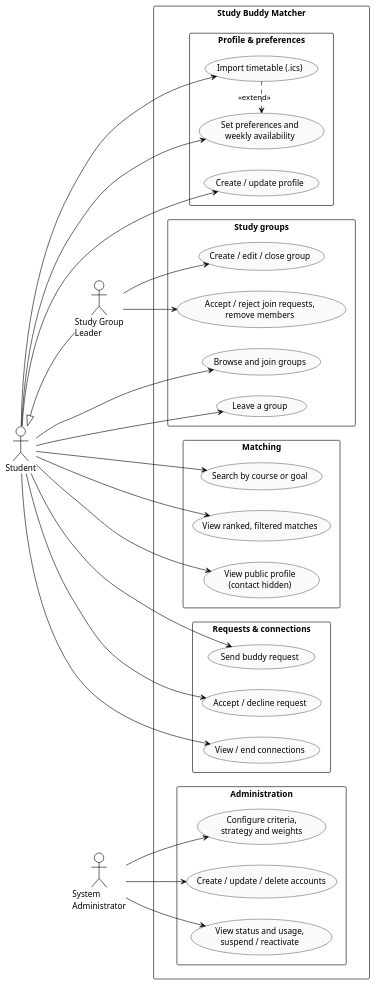
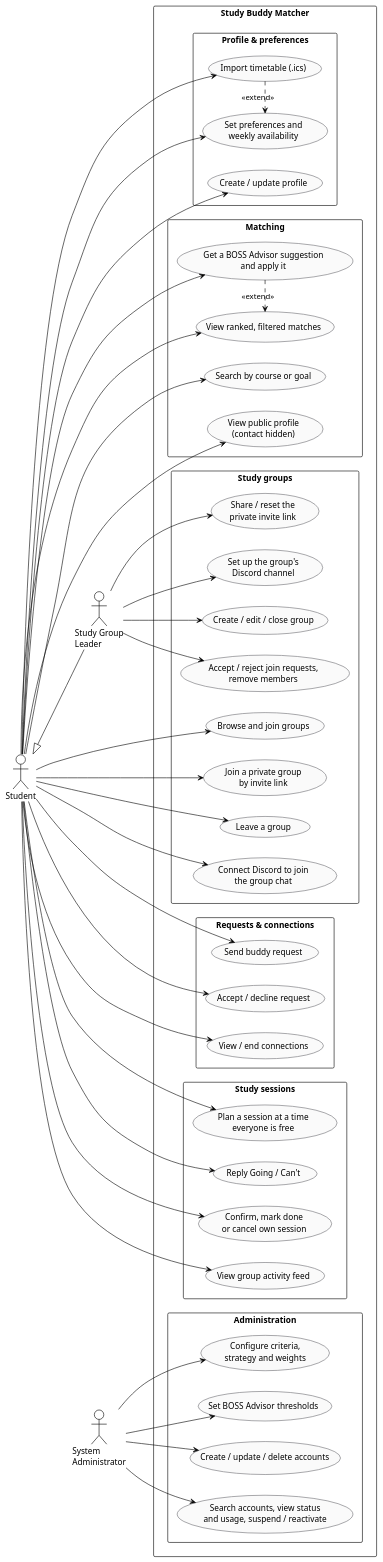
One commit to darrentiang/IS442-G1-T1 changed the diagram in docs/diagrams/use-cases.puml. Above: the diagram before and after it, drawn with PlantUML. The commit also changed 8 other files, not shown here.

First line of the commit message:
Update the diagrams for everything on main and add a BOSS Advisor diagram

```diff
--- a/docs/diagrams/use-cases.puml
+++ b/docs/diagrams/use-cases.puml
@@ -1,64 +1,88 @@
 @startuml use-cases
-' What each of the three roles in the brief can do.
+' What each of the three roles in the brief can do, plus the extras built on top
+' (BOSS Advisor, private invite links, Discord group chat, study sessions).
 !theme plain
 skinparam defaultFontName "Segoe UI"
 skinparam packageStyle rectangle
 skinparam usecase {
   BackgroundColor #FAFAFA
   BorderColor #6E6E73
 }
 
 left to right direction
 
 actor "Student" as student
 actor "Study Group\nLeader" as leader
 actor "System\nAdministrator" as admin
 student <|-- leader
 
 rectangle "Study Buddy Matcher" {
   package "Profile & preferences" {
     usecase "Create / update profile" as UC1
     usecase "Set preferences and\nweekly availability" as UC2
     usecase "Import timetable (.ics)" as UC3
   }
   package "Matching" {
     usecase "Search by course or goal" as UC4
     usecase "View ranked, filtered matches" as UC5
     usecase "View public profile\n(contact hidden)" as UC6
+    usecase "Get a BOSS Advisor suggestion\nand apply it" as UC17
   }
   package "Requests & connections" {
     usecase "Send buddy request" as UC7
     usecase "Accept / decline request" as UC8
     usecase "View / end connections" as UC9
   }
   package "Study groups" {
     usecase "Browse and join groups" as UC10
+    usecase "Join a private group\nby invite link" as UC18
     usecase "Leave a group" as UC11
+    usecase "Connect Discord to join\nthe group chat" as UC19
     usecase "Create / edit / close group" as UC12
     usecase "Accept / reject join requests,\nremove members" as UC13
+    usecase "Share / reset the\nprivate invite link" as UC20
+    usecase "Set up the group's\nDiscord channel" as UC21
+  }
+  package "Study sessions" {
+    usecase "Plan a session at a time\neveryone is free" as UC22
+    usecase "Reply Going / Can't" as UC23
+    usecase "Confirm, mark done\nor cancel own session" as UC24
+    usecase "View group activity feed" as UC25
   }
   package "Administration" {
     usecase "Create / update / delete accounts" as UC14
-    usecase "View status and usage,\nsuspend / reactivate" as UC15
+    usecase "Search accounts, view status\nand usage, suspend / reactivate" as UC15
     usecase "Configure criteria,\nstrategy and weights" as UC16
+    usecase "Set BOSS Advisor thresholds" as UC26
   }
 }
 
 student --> UC1
 student --> UC2
 student --> UC3
 student --> UC4
 student --> UC5
 student --> UC6
+student --> UC17
 student --> UC7
 student --> UC8
 student --> UC9
 student --> UC10
+student --> UC18
 student --> UC11
+student --> UC19
+student --> UC22
+student --> UC23
+student --> UC24
+student --> UC25
 leader --> UC12
 leader --> UC13
+leader --> UC20
+leader --> UC21
 admin --> UC14
 admin --> UC15
 admin --> UC16
+admin --> UC26
 UC3 .> UC2 : <<extend>>
+UC17 .> UC5 : <<extend>>
 @enduml
```
